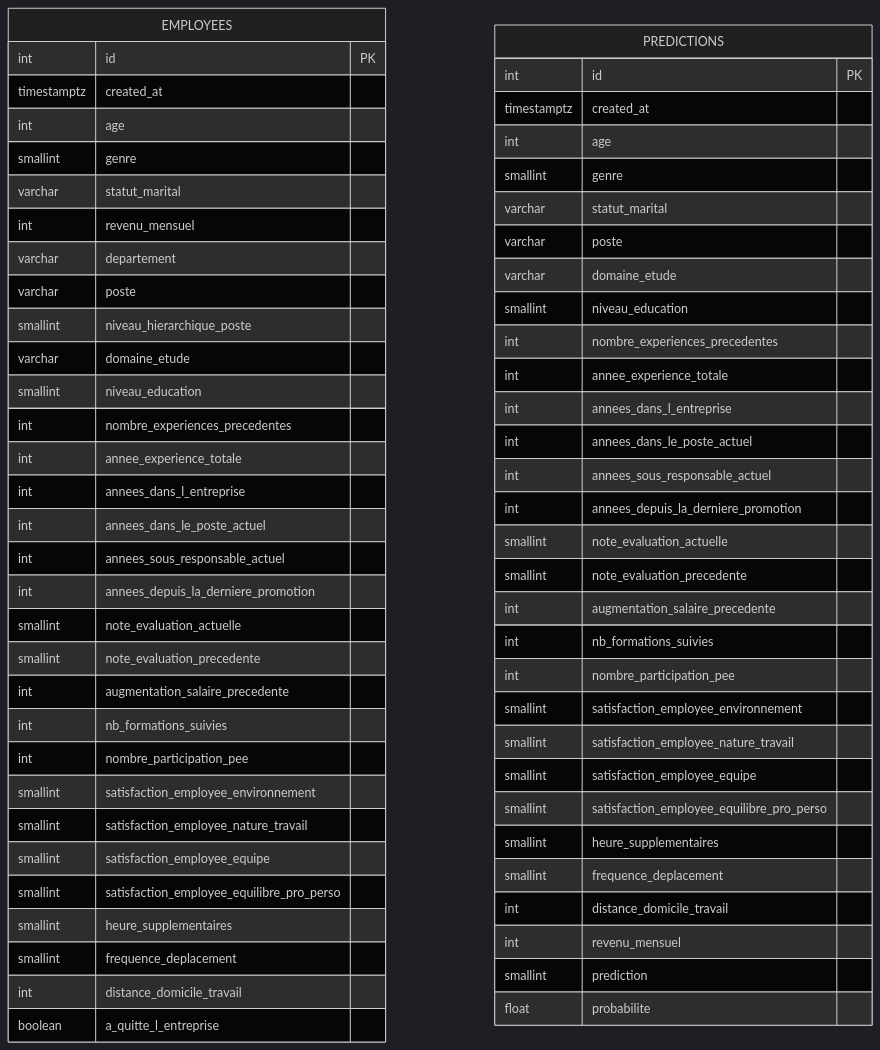
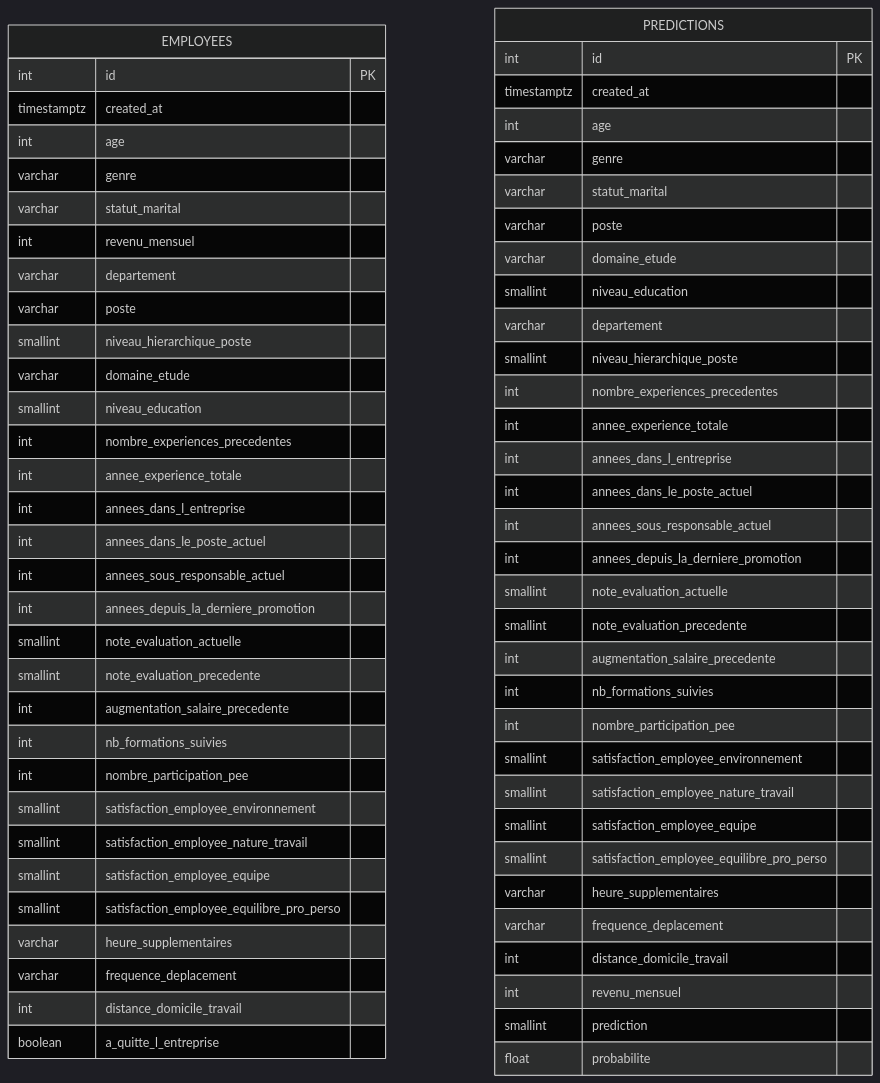
One commit to RaphaelRIVIERE/ml-deployment-api changed the diagram in README.md. Above: the diagram before and after it, drawn with Mermaid (dark theme). The commit also changed other lines of this file and 2 other files, not shown here.

````diff
--- a/README.md
+++ b/README.md
@@ -116,67 +116,69 @@
 ```mermaid
 erDiagram
     EMPLOYEES {
         int id PK
         timestamptz created_at
         int age
-        smallint genre
+        varchar genre
         varchar statut_marital
         int revenu_mensuel
         varchar departement
         varchar poste
         smallint niveau_hierarchique_poste
         varchar domaine_etude
         smallint niveau_education
         int nombre_experiences_precedentes
         int annee_experience_totale
         int annees_dans_l_entreprise
         int annees_dans_le_poste_actuel
         int annees_sous_responsable_actuel
         int annees_depuis_la_derniere_promotion
         smallint note_evaluation_actuelle
         smallint note_evaluation_precedente
         int augmentation_salaire_precedente
         int nb_formations_suivies
         int nombre_participation_pee
         smallint satisfaction_employee_environnement
         smallint satisfaction_employee_nature_travail
         smallint satisfaction_employee_equipe
         smallint satisfaction_employee_equilibre_pro_perso
-        smallint heure_supplementaires
-        smallint frequence_deplacement
+        varchar heure_supplementaires
+        varchar frequence_deplacement
         int distance_domicile_travail
         boolean a_quitte_l_entreprise
     }
 
     PREDICTIONS {
         int id PK
         timestamptz created_at
         int age
-        smallint genre
+        varchar genre
         varchar statut_marital
         varchar poste
         varchar domaine_etude
         smallint niveau_education
+        varchar departement
+        smallint niveau_hierarchique_poste
         int nombre_experiences_precedentes
         int annee_experience_totale
         int annees_dans_l_entreprise
         int annees_dans_le_poste_actuel
         int annees_sous_responsable_actuel
         int annees_depuis_la_derniere_promotion
         smallint note_evaluation_actuelle
         smallint note_evaluation_precedente
         int augmentation_salaire_precedente
         int nb_formations_suivies
         int nombre_participation_pee
         smallint satisfaction_employee_environnement
         smallint satisfaction_employee_nature_travail
         smallint satisfaction_employee_equipe
         smallint satisfaction_employee_equilibre_pro_perso
-        smallint heure_supplementaires
-        smallint frequence_deplacement
+        varchar heure_supplementaires
+        varchar frequence_deplacement
         int distance_domicile_travail
         int revenu_mensuel
         smallint prediction
         float probabilite
     }
 ```
````
